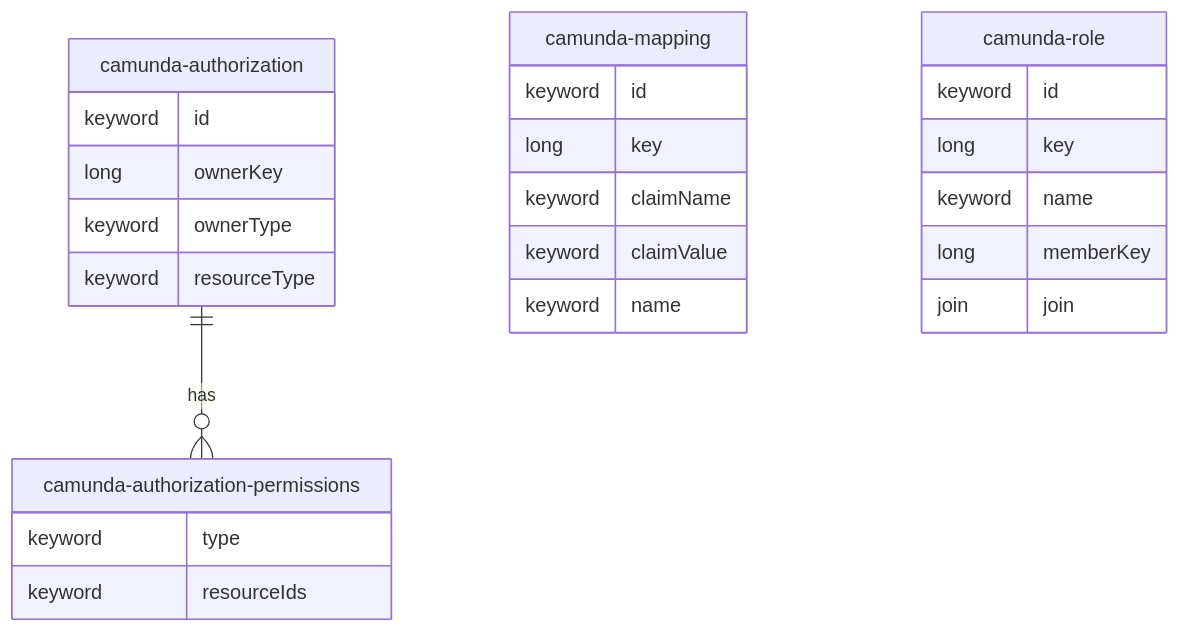
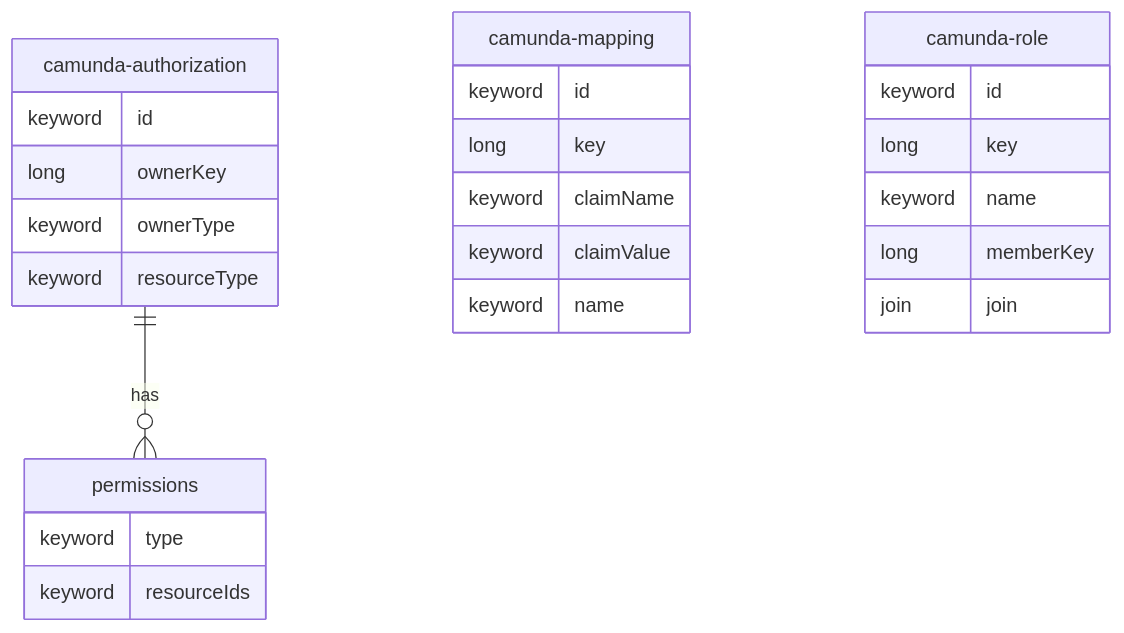
Before and after one commit to camunda/camunda-docs: the diagram in docs/self-managed/operational-guides/backup-restore/_harmonized-indexes-main.md, drawn with Mermaid. The commit also changed 2 other files, not shown here.

Commit message:
feat: support nested properties

````diff
--- a/docs/self-managed/operational-guides/backup-restore/_harmonized-indexes-main.md
+++ b/docs/self-managed/operational-guides/backup-restore/_harmonized-indexes-main.md
@@ -1,30 +1,30 @@
 ```mermaid
 erDiagram
     camunda-authorization {
         keyword id
         long ownerKey
         keyword ownerType
         keyword resourceType
     }
-    camunda-authorization-permissions {
+    permissions {
         keyword type
         keyword resourceIds
     }
-    camunda-authorization ||--o{ camunda-authorization-permissions : has
+    camunda-authorization ||--o{ permissions : has
 
     camunda-mapping {
         keyword id
         long key
         keyword claimName
         keyword claimValue
         keyword name
     }
 
     camunda-role {
         keyword id
         long key
         keyword name
         long memberKey
         join join
     }
 ```
````
